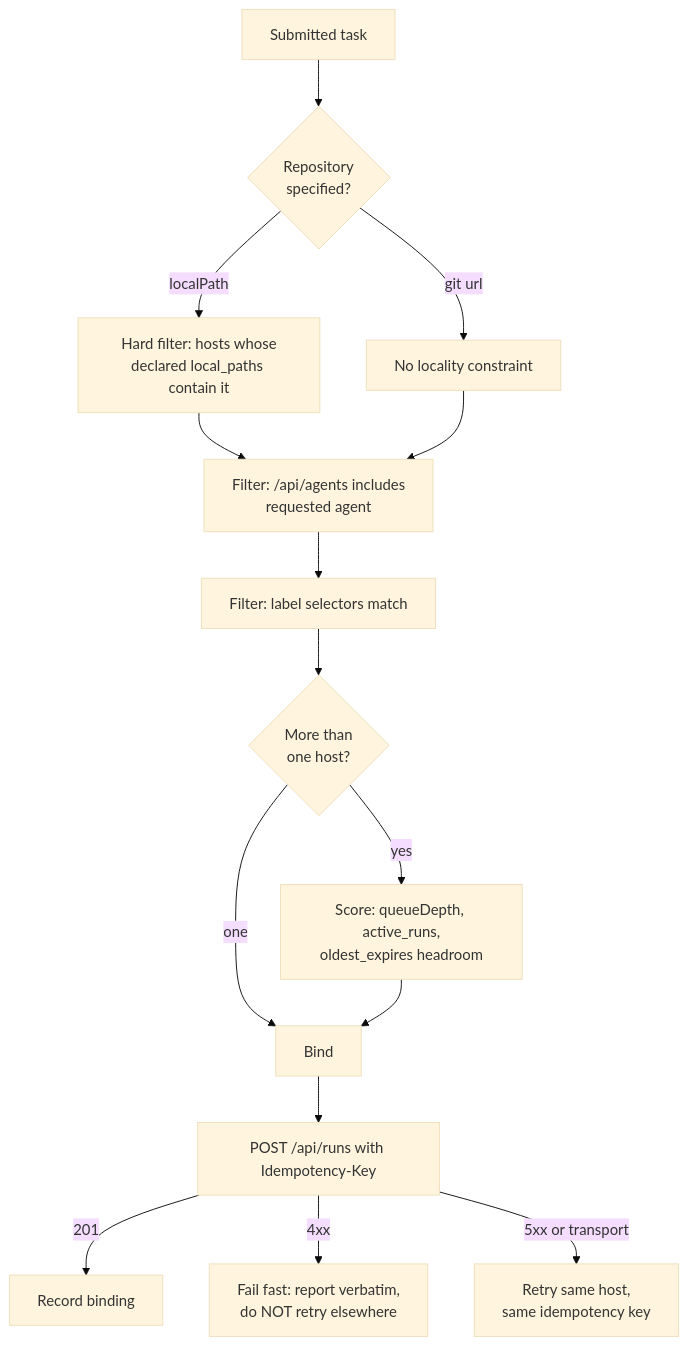
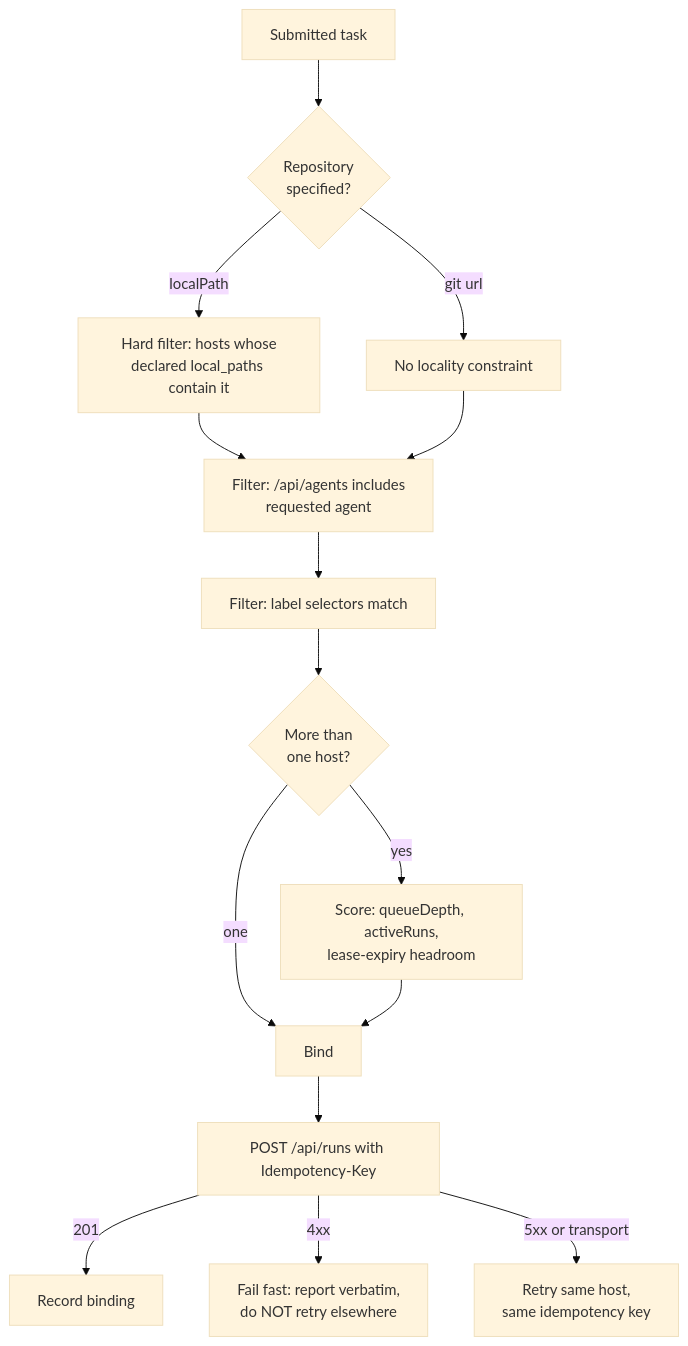
Before and after one commit to aywengo/mercury: the diagram in docs/fleet-design.md, drawn with Mermaid (base theme). The commit also changed other lines of this file and 1 other file, not shown here.

First paragraph of the commit message:
docs: fix six review findings in the client guide, and correct the health shape in the design
Copilot reviewed PR #170 and was right on all six. Two were real bugs in code I had just written.

````diff
--- a/docs/fleet-design.md
+++ b/docs/fleet-design.md
@@ -145,17 +145,17 @@
 ```mermaid
 flowchart TD
   T[Submitted task] --> R{Repository<br/>specified?}
   R -->|localPath| H1[Hard filter: hosts whose<br/>declared local_paths contain it]
   R -->|git url| H2[No locality constraint]
   H1 --> A[Filter: /api/agents includes<br/>requested agent]
   H2 --> A
   A --> L[Filter: label selectors match]
   L --> C{More than<br/>one host?}
-  C -->|yes| S[Score: queueDepth, active_runs,<br/>oldest_expires headroom]
+  C -->|yes| S[Score: queueDepth, activeRuns,<br/>lease-expiry headroom]
   C -->|one| B[Bind]
   S --> B
   B --> P[POST /api/runs with Idempotency-Key]
   P -->|201| OK[Record binding]
   P -->|4xx| F[Fail fast: report verbatim,<br/>do NOT retry elsewhere]
   P -->|5xx or transport| RT[Retry same host,<br/>same idempotency key]
 ```
````
